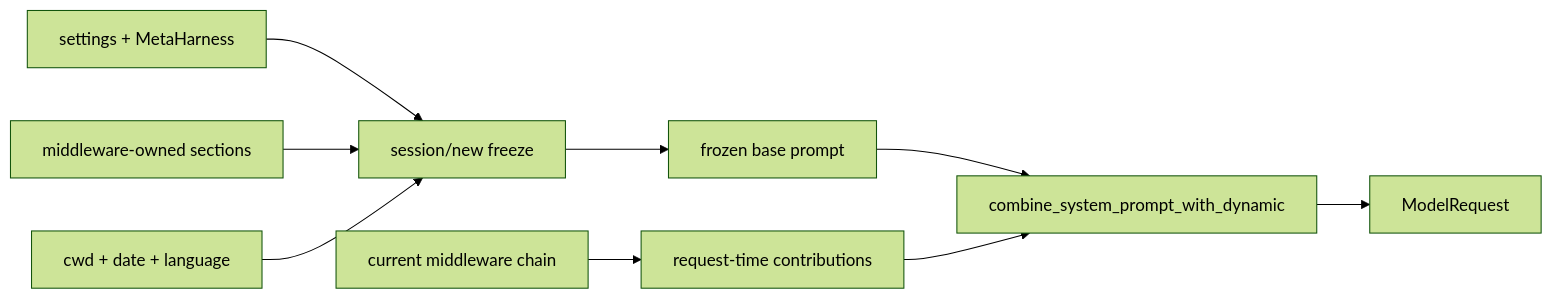
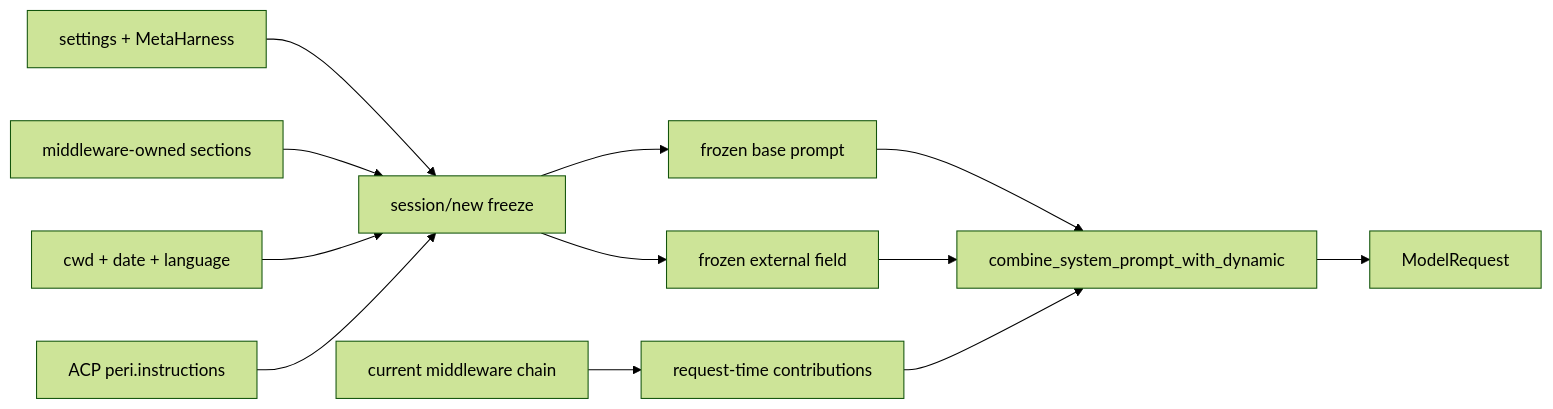
The diagram in docs/design/system-prompt.md (KonghaYao/peri), drawn with Mermaid (forest theme) before and after one commit. The commit also changed other lines of this file and 28 other files, not shown here.

Commit message:
fix: preserve external system instructions across agent prompts

````diff
--- a/docs/design/system-prompt.md
+++ b/docs/design/system-prompt.md
@@ -49,11 +52,14 @@
 ```mermaid
 flowchart LR
     CFG[settings + MetaHarness] --> FREEZE[session/new freeze]
     SECTIONS[middleware-owned sections] --> FREEZE
     ENV[cwd + date + language] --> FREEZE
     FREEZE --> BASE[frozen base prompt]
+    EXT[ACP peri.instructions] --> FREEZE
+    FREEZE --> EXTERNAL[frozen external field]
     CHAIN[current middleware chain] --> CONTRIB[request-time contributions]
     BASE --> COMBINE[combine_system_prompt_with_dynamic]
+    EXTERNAL --> COMBINE
     CONTRIB --> COMBINE
     COMBINE --> REQUEST[ModelRequest]
 ```
````
